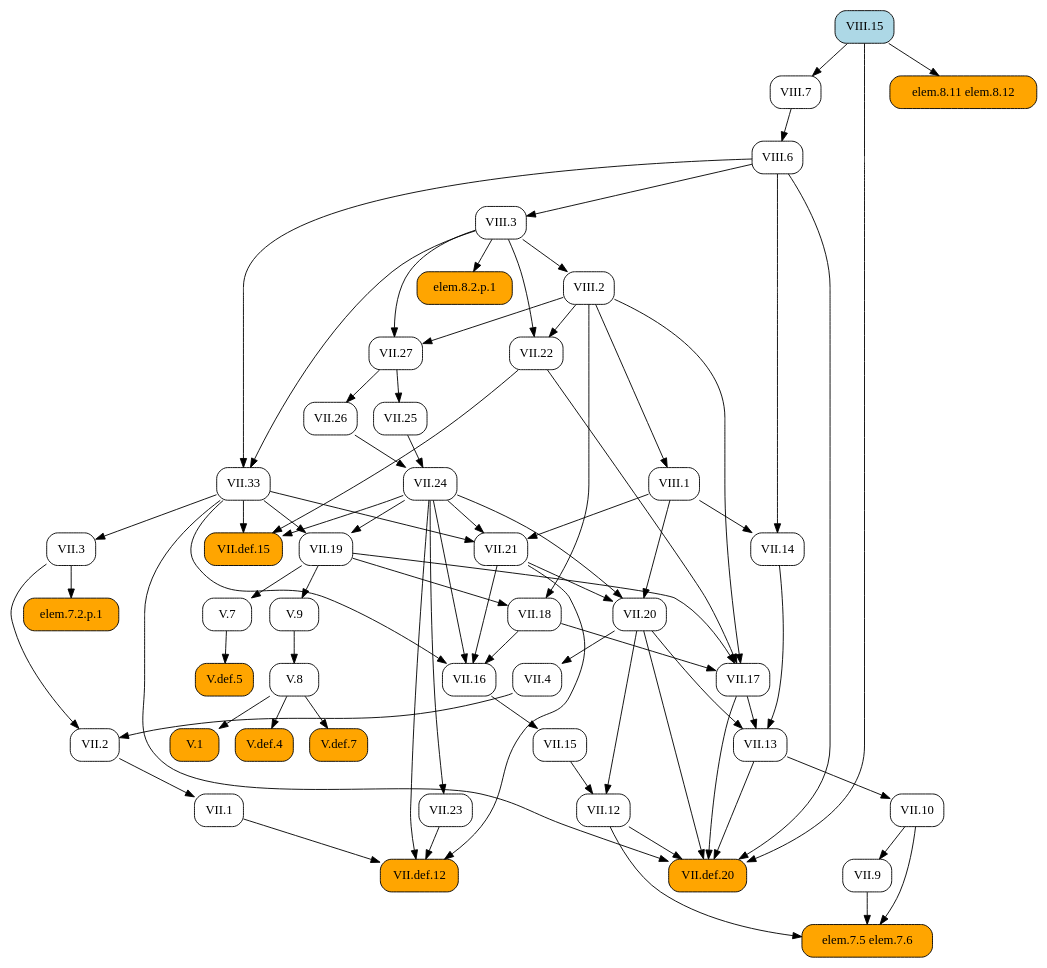
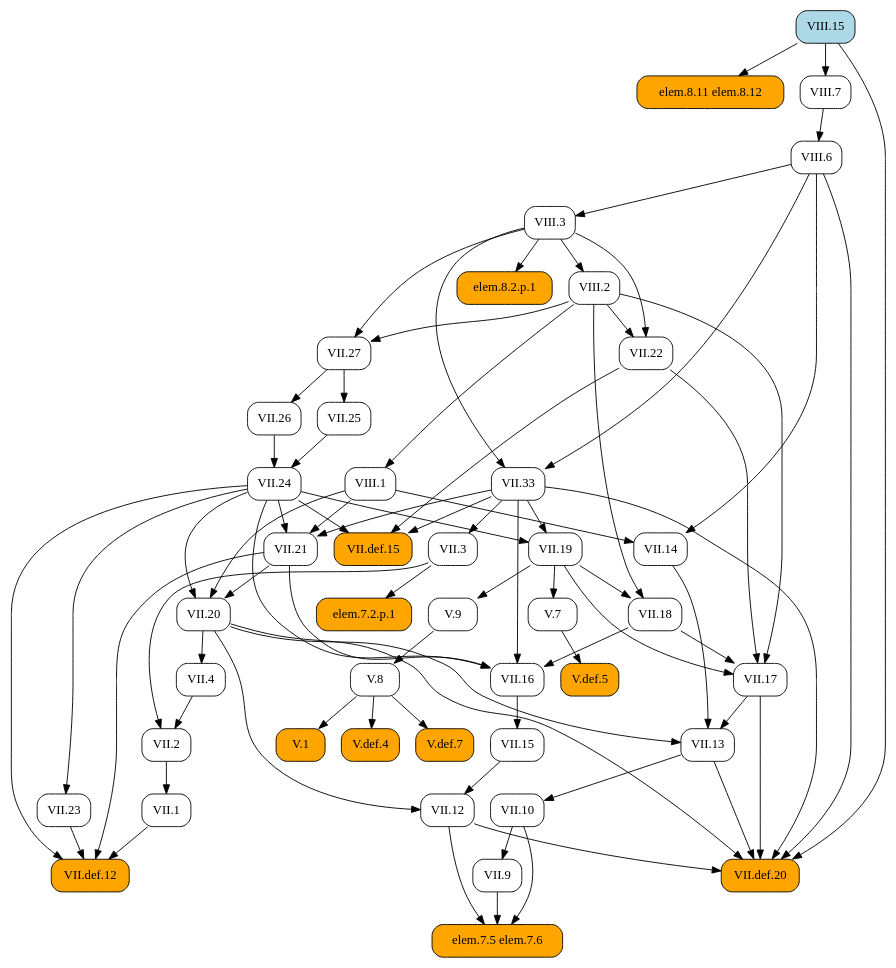
The diagram in docsrc/heath/VIII/15/index.rst (geometor/elements), drawn with Graphviz before and after one commit. The commit also changed other lines of this file and 1029 other files, not shown here.

```diff
--- a/docsrc/heath/VIII/15/index.rst
+++ b/docsrc/heath/VIII/15/index.rst
@@ -40,81 +40,117 @@
    digraph {
      rankdir="TB";
      node [shape=box, style=rounded];
-     "V.1" [style="rounded,filled", fillcolor=orange, URL="/heath/V/1/", target="_top"];
+     "VII.1" [URL="/heath/VII/1/", target="_top"];
+     "VII.9" [URL="/heath/VII/9/", target="_top"];
+     "V.def.5" [style="rounded,filled", fillcolor=orange, URL="/heath/V/def.5/", target="_top"];
+     "VII.3" [URL="/heath/VII/3/", target="_top"];
+     "VII.17" [URL="/heath/VII/17/", target="_top"];
+     "elem.7.5 elem.7.6" [style="rounded,filled", fillcolor=orange];
+     "V.7" [URL="/heath/V/7/", target="_top"];
+     "V.9" [URL="/heath/V/9/", target="_top"];
+     "VII.13" [URL="/heath/VII/13/", target="_top"];
+     "VII.2" [URL="/heath/VII/2/", target="_top"];
+     "VIII.1" [URL="/heath/VIII/1/", target="_top"];
+     "VIII.2" [URL="/heath/VIII/2/", target="_top"];
      "VII.12" [URL="/heath/VII/12/", target="_top"];
      "elem.8.11 elem.8.12" [style="rounded,filled", fillcolor=orange];
+     "VIII.6" [URL="/heath/VIII/6/", target="_top"];
+     "VII.24" [URL="/heath/VII/24/", target="_top"];
+     "VII.def.12" [style="rounded,filled", fillcolor=orange, URL="/heath/VII/def.12/", target="_top"];
+     "V.8" [URL="/heath/V/8/", target="_top"];
+     "VII.33" [URL="/heath/VII/33/", target="_top"];
+     "elem.7.2.p.1" [style="rounded,filled", fillcolor=orange];
+     "VIII.7" [URL="/heath/VIII/7/", target="_top"];
+     "VII.10" [URL="/heath/VII/10/", target="_top"];
+     "VII.def.15" [style="rounded,filled", fillcolor=orange, URL="/heath/VII/def.15/", target="_top"];
+     "VII.19" [URL="/heath/VII/19/", target="_top"];
+     "VII.18" [URL="/heath/VII/18/", target="_top"];
+     "VII.16" [URL="/heath/VII/16/", target="_top"];
+     "VII.26" [URL="/heath/VII/26/", target="_top"];
+     "VII.4" [URL="/heath/VII/4/", target="_top"];
+     "VII.25" [URL="/heath/VII/25/", target="_top"];
+     "VII.21" [URL="/heath/VII/21/", target="_top"];
+     "V.1" [style="rounded,filled", fillcolor=orange, URL="/heath/V/1/", target="_top"];
+     "VII.20" [URL="/heath/VII/20/", target="_top"];
+     "VII.14" [URL="/heath/VII/14/", target="_top"];
+     "VII.27" [URL="/heath/VII/27/", target="_top"];
+     "VIII.3" [URL="/heath/VIII/3/", target="_top"];
+     "V.def.4" [style="rounded,filled", fillcolor=orange, URL="/heath/V/def.4/", target="_top"];
+     "VII.22" [URL="/heath/VII/22/", target="_top"];
+     "V.def.7" [style="rounded,filled", fillcolor=orange, URL="/heath/V/def.7/", target="_top"];
+     "VII.23" [URL="/heath/VII/23/", target="_top"];
+     "VII.15" [URL="/heath/VII/15/", target="_top"];
      "VIII.15" [style="rounded,filled", fillcolor=lightblue, URL="/heath/VIII/15/", target="_top"];
-     "VII.14" [URL="/heath/VII/14/", target="_top"];
-     "VII.13" [URL="/heath/VII/13/", target="_top"];
-     "VIII.7" [URL="/heath/VIII/7/", target="_top"];
-     "VII.16" [URL="/heath/VII/16/", target="_top"];
-     "V.def.4" [style="rounded,filled", fillcolor=orange, URL="/heath/V/def.4/", target="_top"];
-     "VII.def.15" [style="rounded,filled", fillcolor=orange, URL="/heath/VII/def.15/", target="_top"];
-     "VII.18" [URL="/heath/VII/18/", target="_top"];
-     "V.8" [URL="/heath/V/8/", target="_top"];
-     "VII.21" [URL="/heath/VII/21/", target="_top"];
-     "V.7" [URL="/heath/V/7/", target="_top"];
-     "VII.15" [URL="/heath/VII/15/", target="_top"];
-     "VII.def.12" [style="rounded,filled", fillcolor=orange, URL="/heath/VII/def.12/", target="_top"];
-     "VII.2" [URL="/heath/VII/2/", target="_top"];
      "VII.def.20" [style="rounded,filled", fillcolor=orange, URL="/heath/VII/def.20/", target="_top"];
-     "VII.3" [URL="/heath/VII/3/", target="_top"];
-     "elem.7.5 elem.7.6" [style="rounded,filled", fillcolor=orange];
      "elem.8.2.p.1" [style="rounded,filled", fillcolor=orange];
-     "VII.10" [URL="/heath/VII/10/", target="_top"];
-     "V.def.7" [style="rounded,filled", fillcolor=orange, URL="/heath/V/def.7/", target="_top"];
-     "VII.20" [URL="/heath/VII/20/", target="_top"];
-     "VII.9" [URL="/heath/VII/9/", target="_top"];
-     "VIII.1" [URL="/heath/VIII/1/", target="_top"];
-     "VII.25" [URL="/heath/VII/25/", target="_top"];
-     "VII.23" [URL="/heath/VII/23/", target="_top"];
-     "VII.27" [URL="/heath/VII/27/", target="_top"];
-     "VIII.2" [URL="/heath/VIII/2/", target="_top"];
-     "VII.24" [URL="/heath/VII/24/", target="_top"];
-     "VIII.3" [URL="/heath/VIII/3/", target="_top"];
-     "VII.19" [URL="/heath/VII/19/", target="_top"];
-     "VII.4" [URL="/heath/VII/4/", target="_top"];
-     "elem.7.2.p.1" [style="rounded,filled", fillcolor=orange];
-     "V.9" [URL="/heath/V/9/", target="_top"];
-     "VII.26" [URL="/heath/VII/26/", target="_top"];
-     "VIII.6" [URL="/heath/VIII/6/", target="_top"];
-     "VII.22" [URL="/heath/VII/22/", target="_top"];
-     "VII.1" [URL="/heath/VII/1/", target="_top"];
-     "VII.33" [URL="/heath/VII/33/", target="_top"];
-     "V.def.5" [style="rounded,filled", fillcolor=orange, URL="/heath/V/def.5/", target="_top"];
-     "VII.17" [URL="/heath/VII/17/", target="_top"];
-     "V.8" -> "V.1";
+     "VII.2" -> "VII.1";
+     "VII.10" -> "VII.9";
+     "V.7" -> "V.def.5";
+     "VII.33" -> "VII.3";
+     "VII.18" -> "VII.17";
+     "VII.19" -> "VII.17";
+     "VII.22" -> "VII.17";
+     "VIII.2" -> "VII.17";
+     "VII.9" -> "elem.7.5 elem.7.6";
+     "VII.10" -> "elem.7.5 elem.7.6";
+     "VII.12" -> "elem.7.5 elem.7.6";
+     "VII.19" -> "V.7";
+     "VII.19" -> "V.9";
+     "VII.14" -> "VII.13";
+     "VII.17" -> "VII.13";
+     "VII.20" -> "VII.13";
+     "VII.3" -> "VII.2";
+     "VII.4" -> "VII.2";
+     "VIII.2" -> "VIII.1";
+     "VIII.3" -> "VIII.2";
      "VII.15" -> "VII.12";
      "VII.20" -> "VII.12";
      "VIII.15" -> "elem.8.11 elem.8.12";
-     "VIII.1" -> "VII.14";
-     "VIII.6" -> "VII.14";
-     "VII.14" -> "VII.13";
-     "VII.17" -> "VII.13";
-     "VII.20" -> "VII.13";
+     "VIII.7" -> "VIII.6";
+     "VII.25" -> "VII.24";
+     "VII.26" -> "VII.24";
+     "VII.1" -> "VII.def.12";
+     "VII.21" -> "VII.def.12";
+     "VII.23" -> "VII.def.12";
+     "VII.24" -> "VII.def.12";
+     "V.9" -> "V.8";
+     "VIII.3" -> "VII.33";
+     "VIII.6" -> "VII.33";
+     "VII.3" -> "elem.7.2.p.1";
      "VIII.15" -> "VIII.7";
+     "VII.13" -> "VII.10";
+     "VII.22" -> "VII.def.15";
+     "VII.24" -> "VII.def.15";
+     "VII.33" -> "VII.def.15";
+     "VII.24" -> "VII.19";
+     "VII.33" -> "VII.19";
+     "VII.19" -> "VII.18";
+     "VIII.2" -> "VII.18";
      "VII.18" -> "VII.16";
      "VII.21" -> "VII.16";
      "VII.24" -> "VII.16";
      "VII.33" -> "VII.16";
-     "V.8" -> "V.def.4";
-     "VII.22" -> "VII.def.15";
-     "VII.24" -> "VII.def.15";
-     "VII.33" -> "VII.def.15";
-     "VII.19" -> "VII.18";
-     "VIII.2" -> "VII.18";
-     "V.9" -> "V.8";
+     "VII.27" -> "VII.26";
+     "VII.20" -> "VII.4";
+     "VII.27" -> "VII.25";
      "VII.24" -> "VII.21";
      "VII.33" -> "VII.21";
      "VIII.1" -> "VII.21";
-     "VII.19" -> "V.7";
+     "V.8" -> "V.1";
+     "VII.21" -> "VII.20";
+     "VII.24" -> "VII.20";
+     "VIII.1" -> "VII.20";
+     "VIII.1" -> "VII.14";
+     "VIII.6" -> "VII.14";
+     "VIII.2" -> "VII.27";
+     "VIII.3" -> "VII.27";
+     "VIII.6" -> "VIII.3";
+     "V.8" -> "V.def.4";
+     "VIII.2" -> "VII.22";
+     "VIII.3" -> "VII.22";
+     "V.8" -> "V.def.7";
+     "VII.24" -> "VII.23";
      "VII.16" -> "VII.15";
-     "VII.1" -> "VII.def.12";
-     "VII.21" -> "VII.def.12";
-     "VII.23" -> "VII.def.12";
-     "VII.24" -> "VII.def.12";
-     "VII.3" -> "VII.2";
-     "VII.4" -> "VII.2";
      "VII.12" -> "VII.def.20";
      "VII.13" -> "VII.def.20";
      "VII.17" -> "VII.def.20";
@@ -122,41 +158,5 @@
      "VII.33" -> "VII.def.20";
      "VIII.6" -> "VII.def.20";
      "VIII.15" -> "VII.def.20";
-     "VII.33" -> "VII.3";
-     "VII.9" -> "elem.7.5 elem.7.6";
-     "VII.10" -> "elem.7.5 elem.7.6";
-     "VII.12" -> "elem.7.5 elem.7.6";
      "VIII.3" -> "elem.8.2.p.1";
-     "VII.13" -> "VII.10";
-     "V.8" -> "V.def.7";
-     "VII.21" -> "VII.20";
-     "VII.24" -> "VII.20";
-     "VIII.1" -> "VII.20";
-     "VII.10" -> "VII.9";
-     "VIII.2" -> "VIII.1";
-     "VII.27" -> "VII.25";
-     "VII.24" -> "VII.23";
-     "VIII.2" -> "VII.27";
-     "VIII.3" -> "VII.27";
-     "VIII.3" -> "VIII.2";
-     "VII.25" -> "VII.24";
-     "VII.26" -> "VII.24";
-     "VIII.6" -> "VIII.3";
-     "VII.24" -> "VII.19";
-     "VII.33" -> "VII.19";
-     "VII.20" -> "VII.4";
-     "VII.3" -> "elem.7.2.p.1";
-     "VII.19" -> "V.9";
-     "VII.27" -> "VII.26";
-     "VIII.7" -> "VIII.6";
-     "VIII.2" -> "VII.22";
-     "VIII.3" -> "VII.22";
-     "VII.2" -> "VII.1";
-     "VIII.3" -> "VII.33";
-     "VIII.6" -> "VII.33";
-     "V.7" -> "V.def.5";
-     "VII.18" -> "VII.17";
-     "VII.19" -> "VII.17";
-     "VII.22" -> "VII.17";
-     "VIII.2" -> "VII.17";
    }
```
